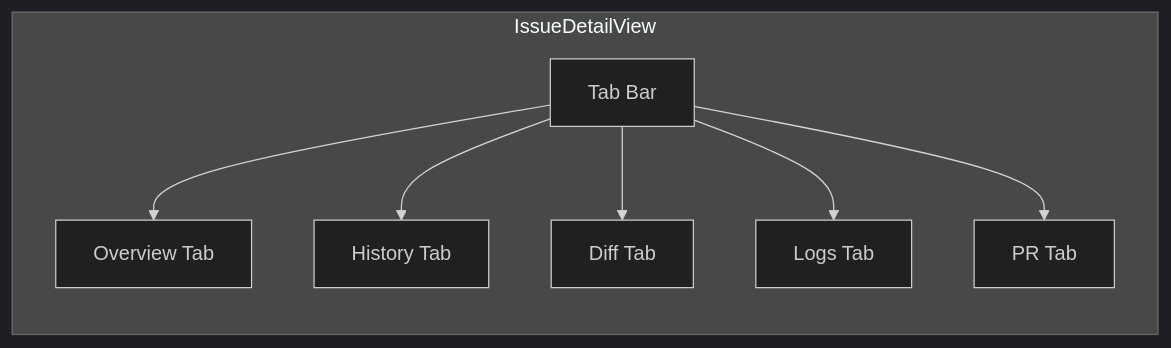
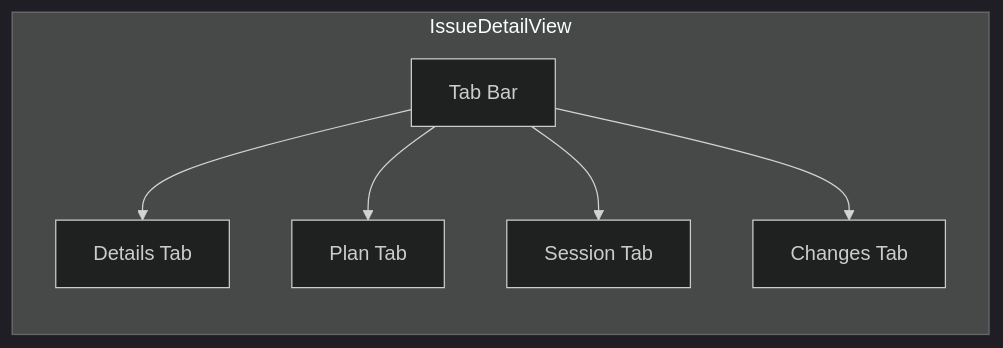
Before and after one commit to bradAGI/Orchestra: the diagram in docs/frontend/views.md, drawn with Mermaid (dark theme). The commit also changed other lines of this file and 10 other files, not shown here.

````diff
--- a/docs/frontend/views.md
+++ b/docs/frontend/views.md
@@ -42,17 +42,15 @@
 ```mermaid
 graph LR
     subgraph IssueDetailView
         TABS[Tab Bar]
-        OV[Overview Tab]
-        HIST[History Tab]
-        DIFF[Diff Tab]
-        LOGS[Logs Tab]
-        PR[PR Tab]
+        DETAILS[Details Tab]
+        PLAN[Plan Tab]
+        OUTPUT[Session Tab]
+        CHANGES[Changes Tab]
     end
 
-    TABS --> OV
-    TABS --> HIST
-    TABS --> DIFF
-    TABS --> LOGS
-    TABS --> PR
+    TABS --> DETAILS
+    TABS --> PLAN
+    TABS --> OUTPUT
+    TABS --> CHANGES
 ```
````
